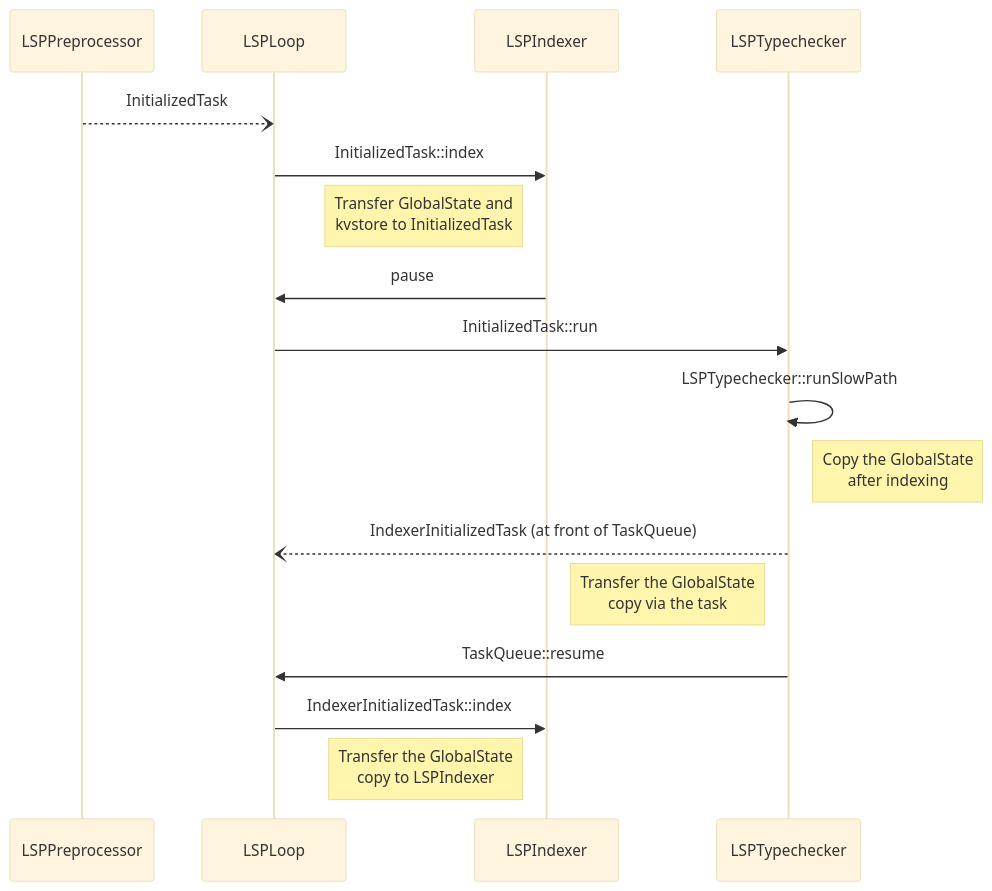
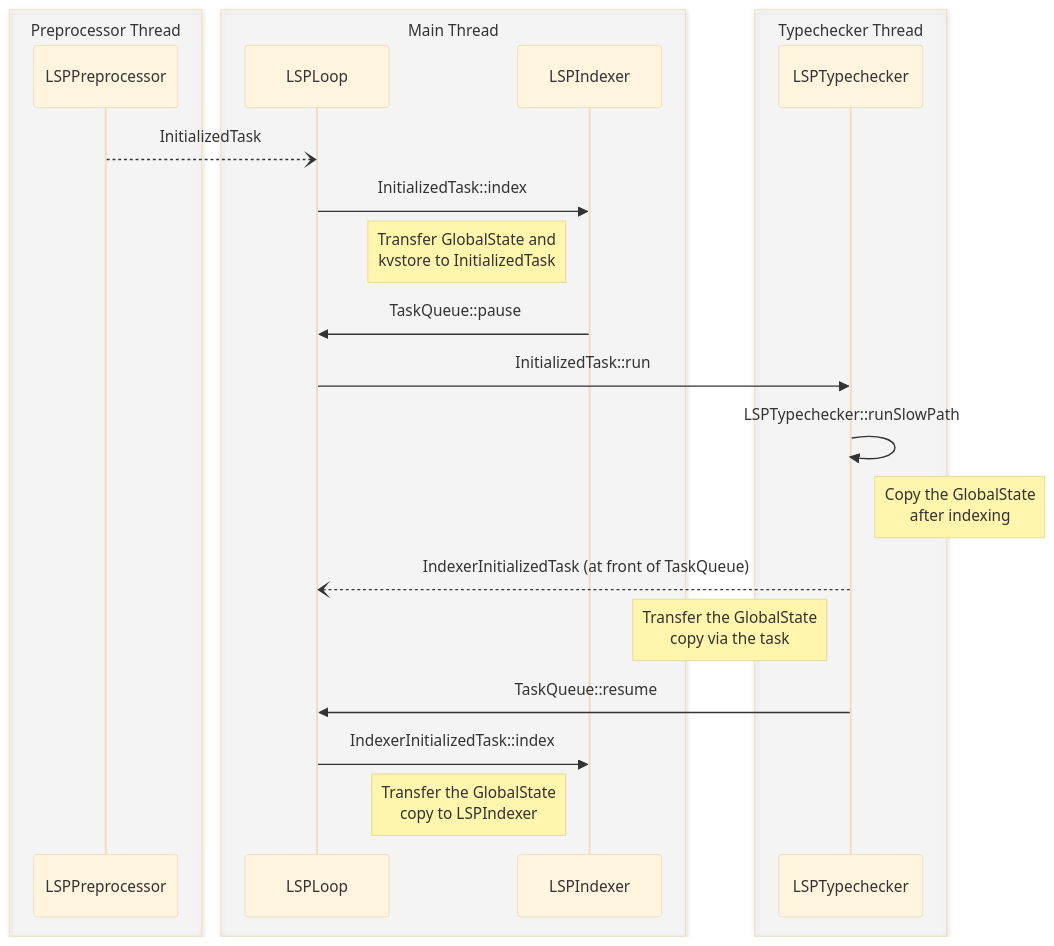
The first of 2 diagrams in docs/lsp.md (sorbet/sorbet), drawn with Mermaid (base theme) before and after one commit. The commit also changed other lines of this file, not shown here.

````diff
--- a/docs/lsp.md
+++ b/docs/lsp.md
@@ -5,20 +5,26 @@
 ```mermaid
 sequenceDiagram
+  box rgba(255,255,255,0.2) Preprocessor Thread
   participant LSPPreprocessor
+  end
+  box rgba(255,255,255,0.2) Main Thread
   participant LSPLoop
   participant LSPIndexer
+  end
+  box rgba(255,255,255,0.2) Typechecker Thread
   participant LSPTypechecker
+  end
 
   LSPPreprocessor --) LSPLoop: InitializedTask
   LSPLoop ->> LSPIndexer: InitializedTask::index
   Note left of LSPIndexer: Transfer GlobalState and<br/>kvstore to InitializedTask
-  LSPIndexer ->> LSPLoop: pause
+  LSPIndexer ->> LSPLoop: TaskQueue::pause
   LSPLoop ->> LSPTypechecker: InitializedTask::run
   LSPTypechecker ->> LSPTypechecker: LSPTypechecker::runSlowPath
   Note right of LSPTypechecker: Copy the GlobalState<br/>after indexing
   LSPTypechecker --) LSPLoop: IndexerInitializedTask (at front of TaskQueue)
   Note left of LSPTypechecker: Transfer the GlobalState<br/>copy via the task
   LSPTypechecker ->> LSPLoop: TaskQueue::resume
   LSPLoop ->> LSPIndexer: IndexerInitializedTask::index
   Note left of LSPIndexer: Transfer the GlobalState<br/>copy to LSPIndexer
 ```
````
